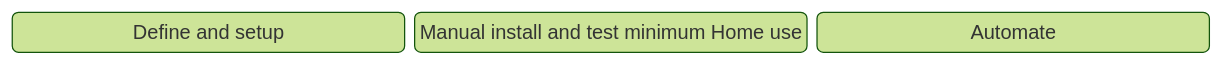
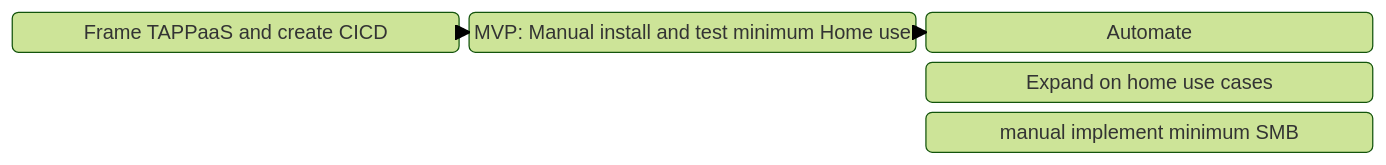
One commit to TAPPaaS/TAPPaaS changed the diagram in Documentation/Approach.md. Above: the diagram before and after it, drawn with Mermaid (forest theme). The commit also changed other lines of this file, not shown here.

Commit message:
better conceptual roadmap

````diff
--- a/Documentation/Approach.md
+++ b/Documentation/Approach.md
@@ -40,7 +40,13 @@
 ```mermaid
 block-beta
   columns 3
-  d("Define and setup")
-  m("Manual install and test minimum Home use")
+  d("Frame TAPPaaS and create CICD")
+  m("MVP: Manual install and test minimum Home use")
   a("Automate") 
+  d --> m
+  m --> a
+  space space
+  e("Expand on home use cases")
+  space space
+  b("manual implement minimum SMB")
 ```
````
